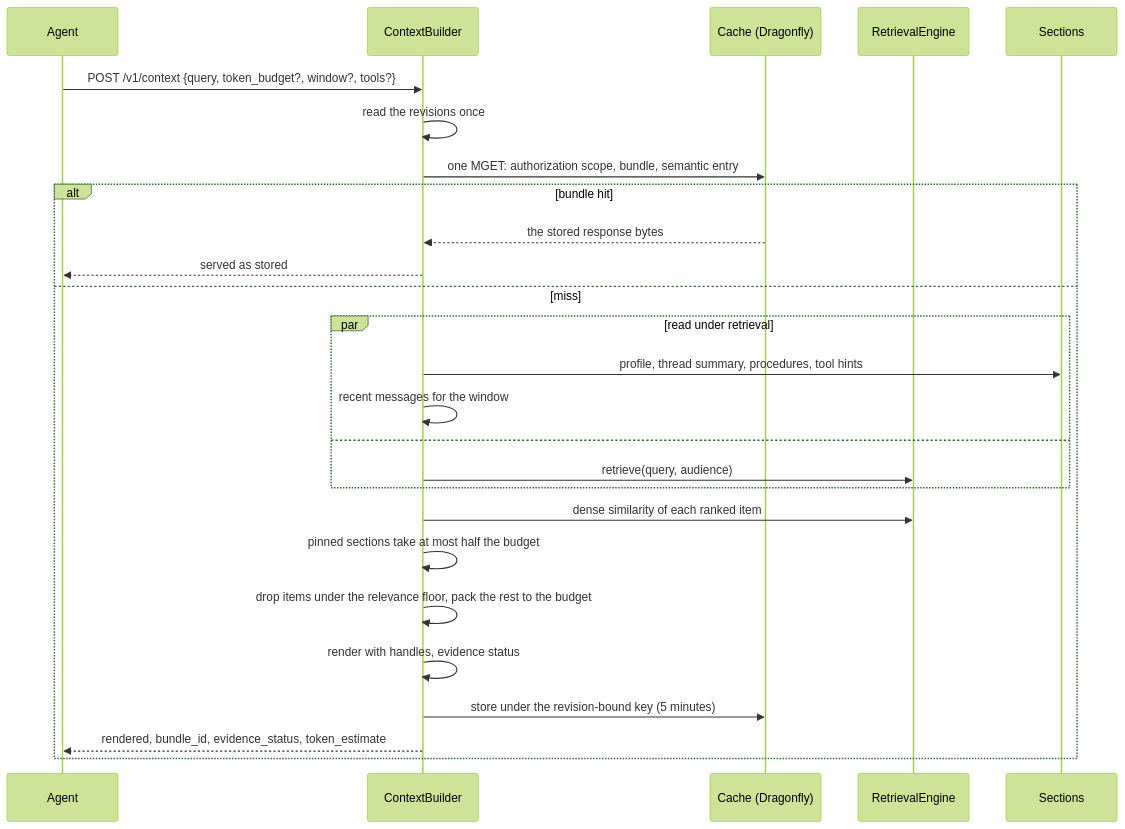
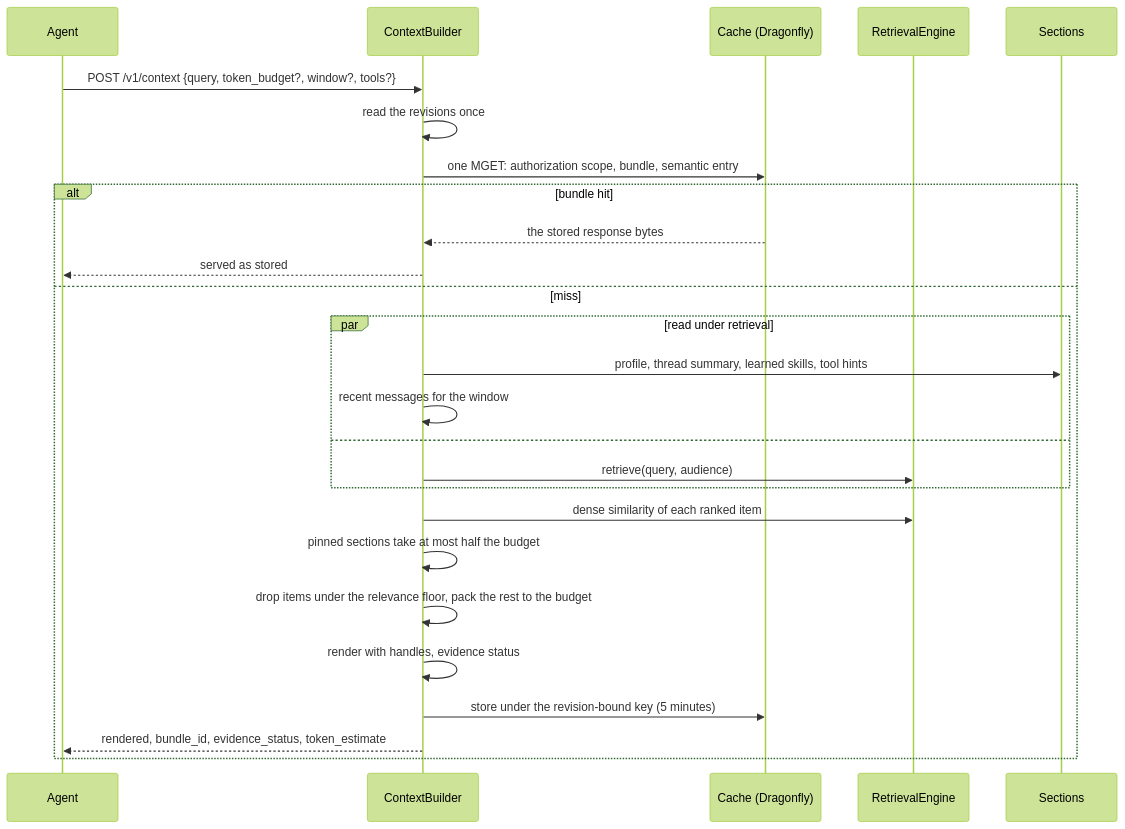
The third of 3 diagrams in docs/guide/04-retrieval.md (amitmohapatra/agent-memory-service), drawn with Mermaid (forest theme) before and after one commit. The commit also changed other lines of this file and 48 other files, not shown here.

First line of the commit message:
Learned skills v2: per agent, in the context, /v1/skills

````diff
--- a/docs/guide/04-retrieval.md
+++ b/docs/guide/04-retrieval.md
@@ -260,28 +260,28 @@
 ```mermaid
 sequenceDiagram
   participant A as Agent
   participant B as ContextBuilder
   participant C as Cache (Dragonfly)
   participant E as RetrievalEngine
   participant S as Sections
   A->>B: POST /v1/context {query, token_budget?, window?, tools?}
   B->>B: read the revisions once
   B->>C: one MGET: authorization scope, bundle, semantic entry
   alt bundle hit
     C-->>B: the stored response bytes
     B-->>A: served as stored
   else miss
     par read under retrieval
-      B->>S: profile, thread summary, procedures, tool hints
+      B->>S: profile, thread summary, learned skills, tool hints
       B->>B: recent messages for the window
     and
       B->>E: retrieve(query, audience)
     end
     B->>E: dense similarity of each ranked item
     B->>B: pinned sections take at most half the budget
     B->>B: drop items under the relevance floor, pack the rest to the budget
     B->>B: render with handles, evidence status
     B->>C: store under the revision-bound key (5 minutes)
     B-->>A: rendered, bundle_id, evidence_status, token_estimate
   end
 ```
````
